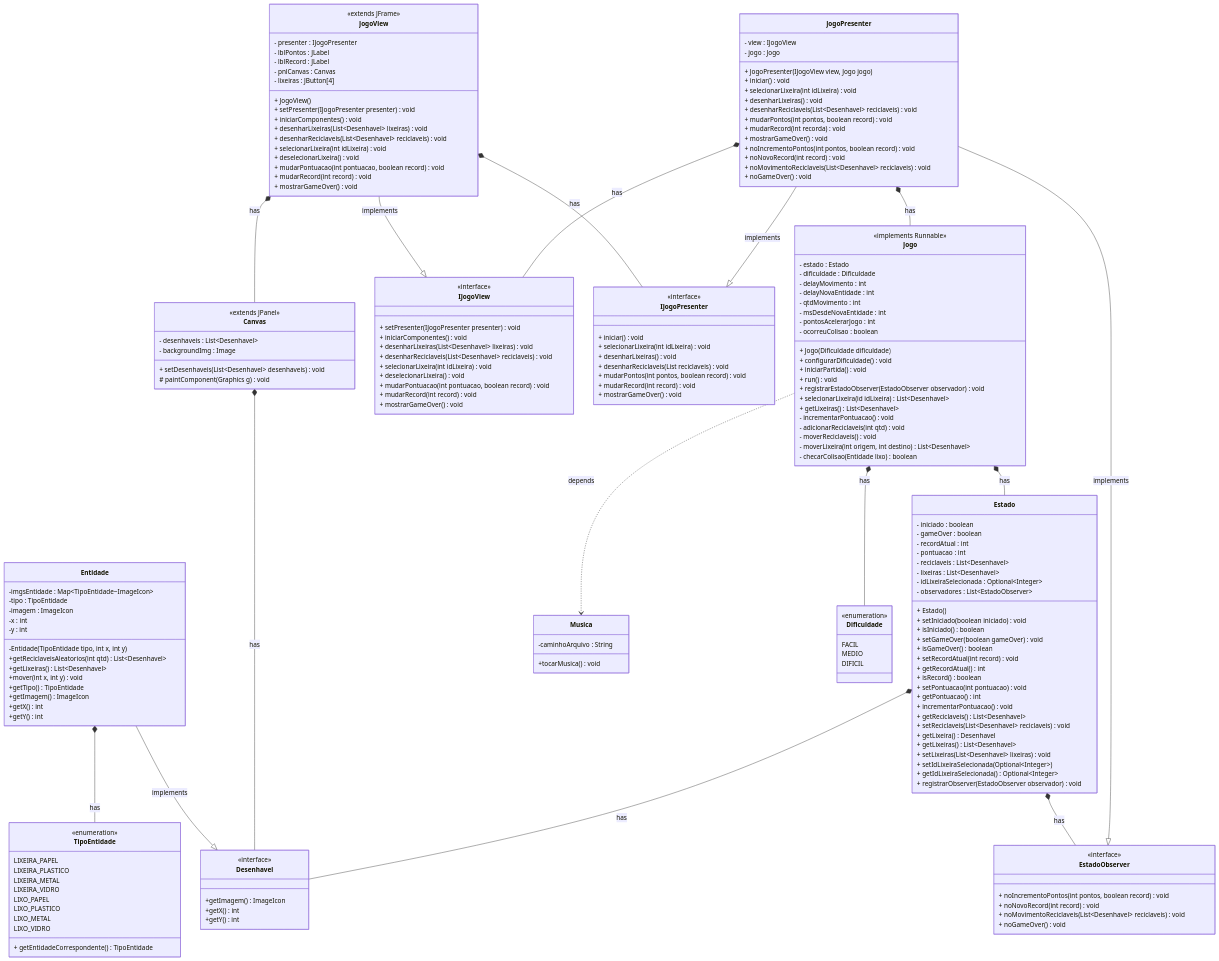
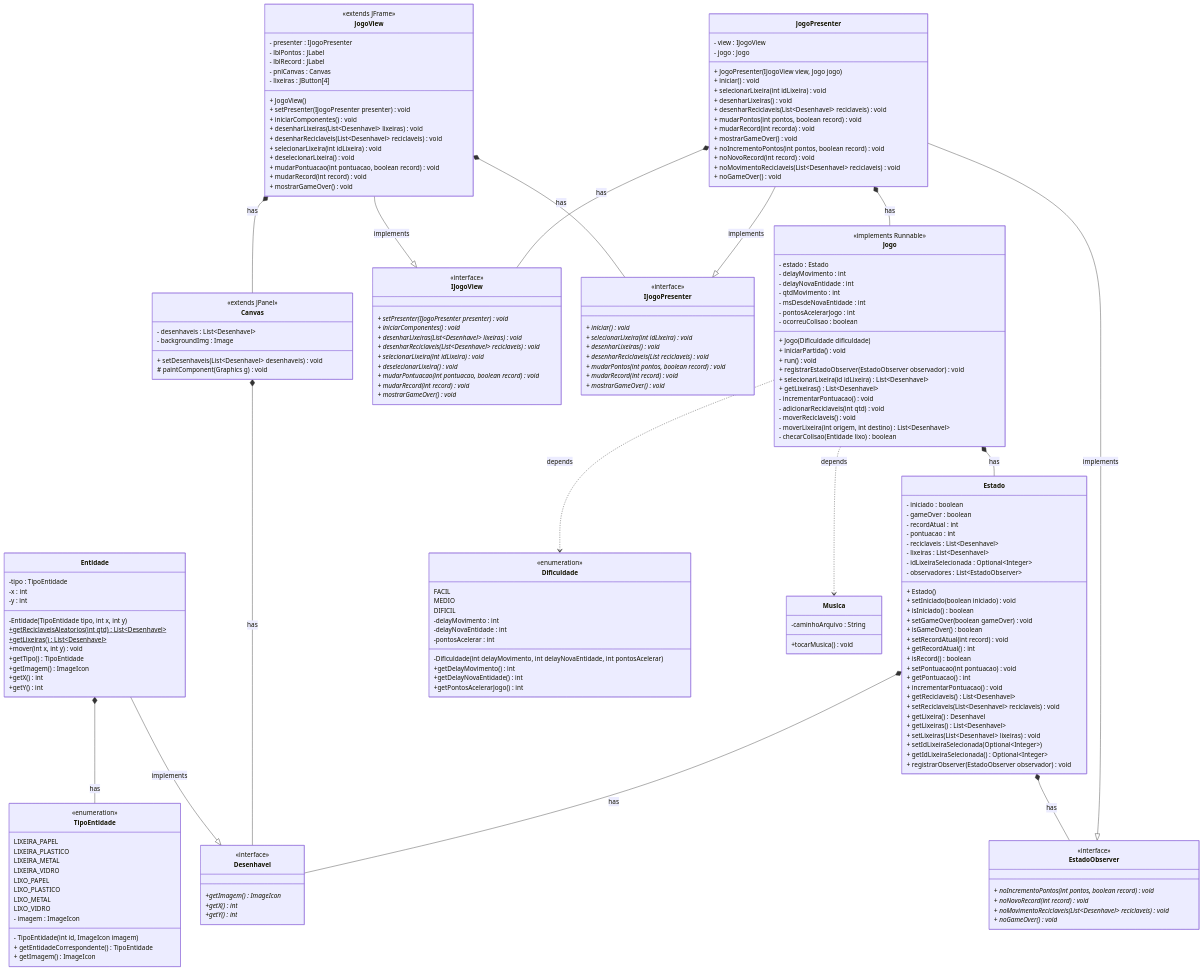
One commit to lucasttmz/jogo-reciclagem-aps changed the first of 2 diagrams in docs/DiagramaCompleto.md. Above: the diagram before and after it, drawn with Mermaid. The commit also changed other lines of this file and 4 other files, not shown here.

Commit message:
Alteracoes do modelo refletidas nos diagramas

````diff
--- a/docs/DiagramaCompleto.md
+++ b/docs/DiagramaCompleto.md
@@ -3,25 +3,25 @@
 ```mermaid
 classDiagram
 	Entidade --|> Desenhavel : implements
-    	Canvas *-- Desenhavel : has
-    	JogoView --|> IJogoView : implements
+        Canvas *-- Desenhavel : has
+        JogoView --|> IJogoView : implements
         JogoView *-- IJogoPresenter : has
 	JogoView *-- Canvas : has
 	Entidade *-- TipoEntidade : has
-    	Estado *-- EstadoObserver : has
+        Estado *-- EstadoObserver : has
 	Estado *-- Desenhavel : has
+        Jogo ..> Dificuldade : depends
    	Jogo ..> Musica : depends
 	Jogo *-- Estado : has
-	Jogo *-- Dificuldade : has
 	JogoPresenter --|> IJogoPresenter : implements
 	JogoPresenter --|> EstadoObserver : implements
 	JogoPresenter *-- Jogo : has
 	JogoPresenter *-- IJogoView : has
 	class Desenhavel{
 		<<interface>>
-		+getImagem() ImageIcon
-		+getX() int
-		+getY() int
+		+getImagem()* ImageIcon
+		+getX()* int
+		+getY()* int
 	}
 	class TipoEntidade{
 		<<enumeration>>
@@ -33,17 +33,18 @@
 		LIXO_PLASTICO
 		LIXO_METAL
 		LIXO_VIDRO
+                - imagem : ImageIcon
+                - TipoEntidade(int id, ImageIcon imagem)
 		+ getEntidadeCorrespondente() TipoEntidade
+                + getImagem() ImageIcon
 	}
 	class Entidade{
-		-imgsEntidade : Map~TipoEntidade~ImageIcon~
 		-tipo : TipoEntidade
-		-imagem : ImageIcon
 		-x : int
 		-y : int
 		-Entidade(TipoEntidade tipo, int x, int y)
-		+getReciclaveisAleatorios(int qtd) List~Desenhavel~
-		+getLixeiras() List~Desenhavel~
+		+getReciclaveisAleatorios(int qtd)$ List~Desenhavel~
+		+getLixeiras()$ List~Desenhavel~
 		+mover(int x, int y) void
 		+getTipo() TipoEntidade
 		+getImagem() ImageIcon
@@ -82,7 +83,6 @@
 	class Jogo{
 		<<implements Runnable>>
 		- estado : Estado
-		- dificuldade : Dificuldade
 		- delayMovimento : int
 		- delayNovaEntidade : int
 		- qtdMovimento : int
@@ -90,7 +90,6 @@
 		- pontosAcelerarJogo : int
 		- ocorreuColisao : boolean
 		+ Jogo(Dificuldade dificuldade)
-		+ configurarDificuldade() void
 		+ iniciarPartida() void
 		+ run() void
 		+ registrarEstadoObserver(EstadoObserver observador) void
@@ -111,23 +110,30 @@
 		FACIL
 		MEDIO
 		DIFICIL
-	}
+                -delayMovimento : int
+                -delayNovaEntidade : int
+                -pontosAcelerar : int
+                -Dificuldade(int delayMovimento, int delayNovaEntidade, int pontosAcelerar)
+                +getDelayMovimento() int
+                +getDelayNovaEntidade() int
+                +getPontosAcelerarJogo() int
+        }
 	class EstadoObserver{
 		<<interface>>
-		+ noIncrementoPontos(int pontos, boolean record) void
-		+ noNovoRecord(int record) void
-		+ noMovimentoReciclaveis(List~Desenhavel~ reciclaveis) void
-		+ noGameOver() void
+		+ noIncrementoPontos(int pontos, boolean record)* void
+		+ noNovoRecord(int record)* void
+		+ noMovimentoReciclaveis(List~Desenhavel~ reciclaveis)* void
+		+ noGameOver()* void
 	}
 	class IJogoPresenter{
 		<<interface>>
-		+ iniciar() void
-		+ selecionarLixeira(int idLixeira) void
-		+ desenharLixeiras() void
-		+ desenharReciclaveis(List<Desenhavel> reciclaveis) void
-		+ mudarPontos(int pontos, boolean record) void
-		+ mudarRecord(int record) void
-		+ mostrarGameOver() void
+		+ iniciar()* void
+		+ selecionarLixeira(int idLixeira)* void
+		+ desenharLixeiras()* void
+		+ desenharReciclaveis(List<Desenhavel> reciclaveis)* void
+		+ mudarPontos(int pontos, boolean record)* void
+		+ mudarRecord(int record)* void
+		+ mostrarGameOver()* void
 	}
 	class JogoPresenter{
 		- view : IJogoView
@@ -147,15 +153,15 @@
 	}
 	class IJogoView{
 		<<interface>>
-		+ setPresenter(IJogoPresenter presenter) void
-		+ iniciarComponentes() void
-		+ desenharLixeiras(List~Desenhavel~ lixeiras) void
-		+ desenharReciclaveis(List~Desenhavel~ reciclaveis) void
-		+ selecionarLixeira(int idLixeira) void
-		+ deselecionarLixeira() void
-		+ mudarPontuacao(int pontuacao, boolean record) void
-		+ mudarRecord(int record) void
-		+ mostrarGameOver() void
+		+ setPresenter(IJogoPresenter presenter)* void
+		+ iniciarComponentes()* void
+		+ desenharLixeiras(List~Desenhavel~ lixeiras)* void
+		+ desenharReciclaveis(List~Desenhavel~ reciclaveis)* void
+		+ selecionarLixeira(int idLixeira)* void
+		+ deselecionarLixeira()* void
+		+ mudarPontuacao(int pontuacao, boolean record)* void
+		+ mudarRecord(int record)* void
+		+ mostrarGameOver()* void
 	}
 	class JogoView{
 		<<extends JFrame>>
````
